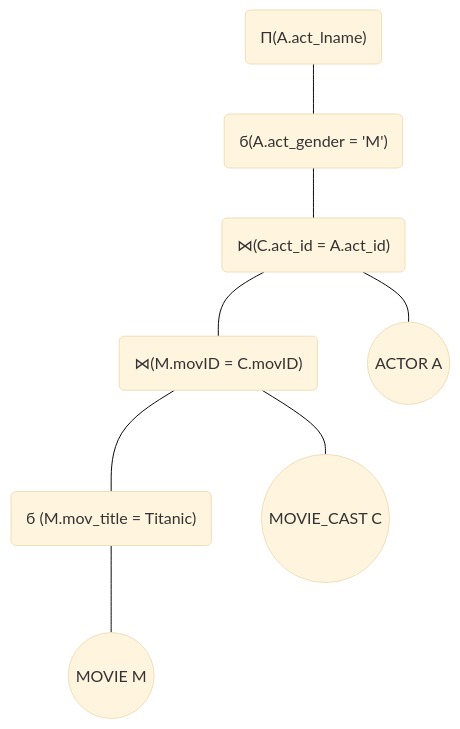
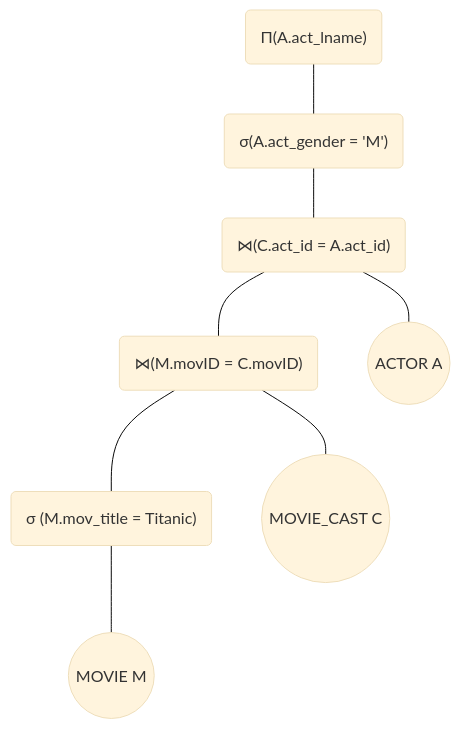
The second of 4 diagrams in Fall 2021/COP 4751/HW1/1_PANTHERID.md (hectormiguel1/FIU), drawn with Mermaid (base theme) before and after one commit. The commit also changed other lines of this file and 1 other file, not shown here.

````diff
--- a/Fall 2021/COP 4751/HW1/1_PANTHERID.md
+++ b/Fall 2021/COP 4751/HW1/1_PANTHERID.md
@@ -121,8 +121,8 @@
 ```mermaid
     graph BT;
-        id((MOVIE M)) --- id2("ϭ (M.mov_title = Titanic)")
-        id2("ϭ (M.mov_title = Titanic)") --- id5("⋈(M.movID = C.movID)")
+        id((MOVIE M)) --- id2("σ (M.mov_title = Titanic)")
+        id2("σ (M.mov_title = Titanic)") --- id5("⋈(M.movID = C.movID)")
         id3((MOVIE_CAST C)) --- id5("⋈(M.movID = C.movID)")
         id5("⋈(M.movID = C.movID)") --- id6("⋈(C.act_id = A.act_id)")
-        id4((ACTOR A)) --- id6("⋈(C.act_id = A.act_id)") --- id7("ϭ(A.act_gender = 'M')") --- id8("Π(A.act_lname)")
+        id4((ACTOR A)) --- id6("⋈(C.act_id = A.act_id)") --- id7("σ(A.act_gender = 'M')") --- id8("Π(A.act_lname)")
 ```
````
